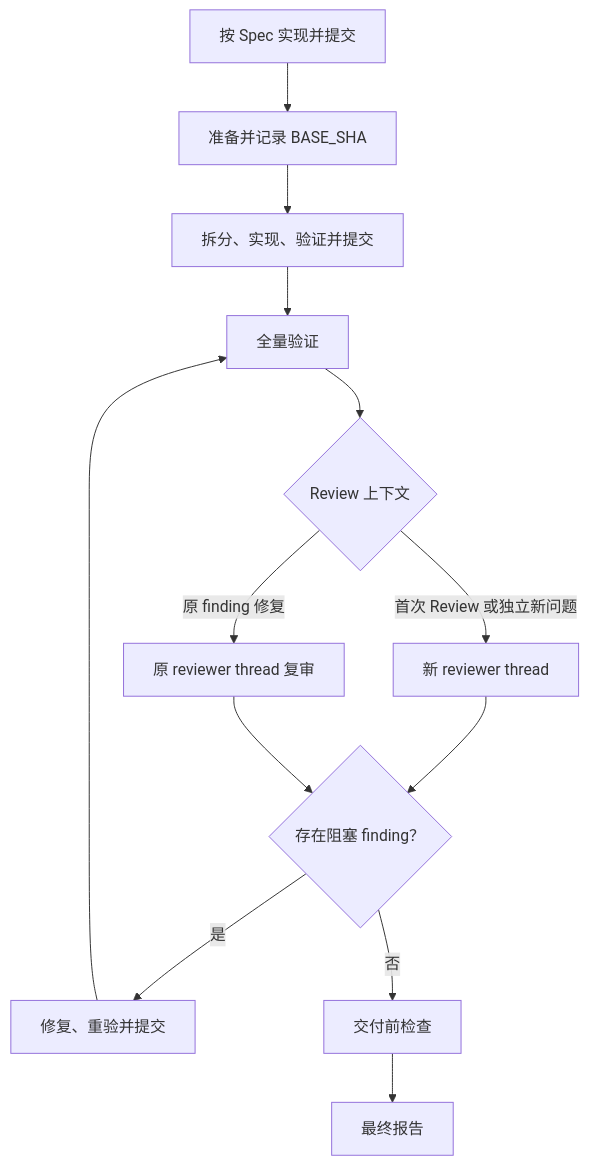
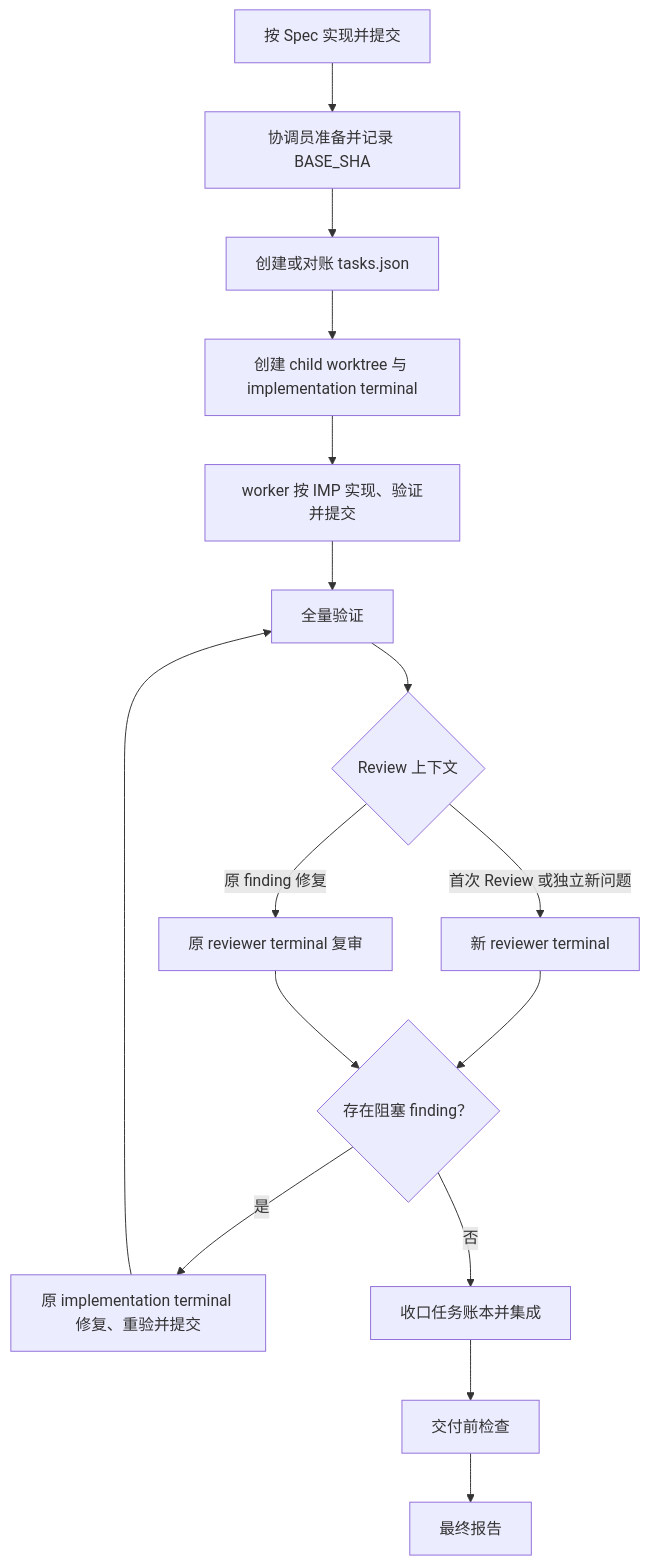
The diagram in WORKFLOW.md (hanjeahwan/chatgpt-pro), drawn with Mermaid before and after one commit. The commit also changed other lines of this file and 10 other files, not shown here.

Commit message:
📝 (skills) add plan spec implementation task ledger

````diff
--- a/WORKFLOW.md
+++ b/WORKFLOW.md
@@ -5,15 +5,18 @@
 ```mermaid
 flowchart TD
-    A["按 Spec 实现并提交"] --> B["准备并记录 BASE_SHA"]
-    B --> C["拆分、实现、验证并提交"]
-    C --> D["全量验证"]
-    D --> E{"Review 上下文"}
-    E -- "首次 Review 或独立新问题" --> F["新 reviewer thread"]
-    E -- "原 finding 修复" --> G["原 reviewer thread 复审"]
-    F --> H{"存在阻塞 finding？"}
-    G --> H
-    H -- "是" --> I["修复、重验并提交"]
-    I --> D
-    H -- "否" --> J["交付前检查"]
-    J --> K["最终报告"]
+    A["按 Spec 实现并提交"] --> B["协调员准备并记录 BASE_SHA"]
+    B --> C["创建或对账 tasks.json"]
+    C --> D["创建 child worktree 与 implementation terminal"]
+    D --> E["worker 按 IMP 实现、验证并提交"]
+    E --> F["全量验证"]
+    F --> G{"Review 上下文"}
+    G -- "首次 Review 或独立新问题" --> H["新 reviewer terminal"]
+    G -- "原 finding 修复" --> I["原 reviewer terminal 复审"]
+    H --> J{"存在阻塞 finding？"}
+    I --> J
+    J -- "是" --> K["原 implementation terminal 修复、重验并提交"]
+    K --> F
+    J -- "否" --> L["收口任务账本并集成"]
+    L --> M["交付前检查"]
+    M --> N["最终报告"]
 ```
````
